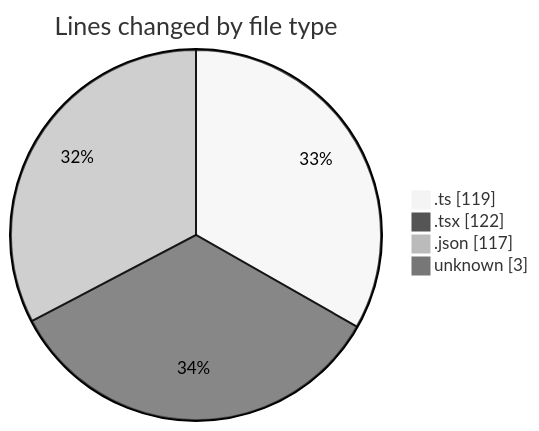
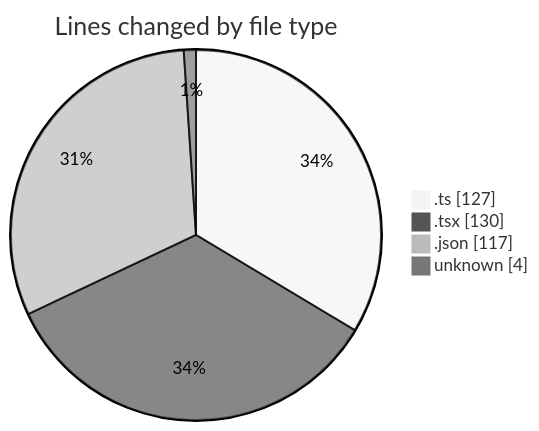
One commit to momahboobian/code-tracking changed the first of 2 diagrams in 2025-02-13/pdf-analysis-app/README.md. Above: the diagram before and after it, drawn with Mermaid (neutral theme). The commit also changed other lines of this file and 1 other file, not shown here.

````diff
--- a/2025-02-13/pdf-analysis-app/README.md
+++ b/2025-02-13/pdf-analysis-app/README.md
@@ -26,8 +26,8 @@
 ```mermaid
 pie showData
 title Lines changed by file type
-".ts" : 119
-".tsx" : 122
+".ts" : 127
+".tsx" : 130
 ".json" : 117
-"unknown" : 3
+"unknown" : 4
 ```
````
